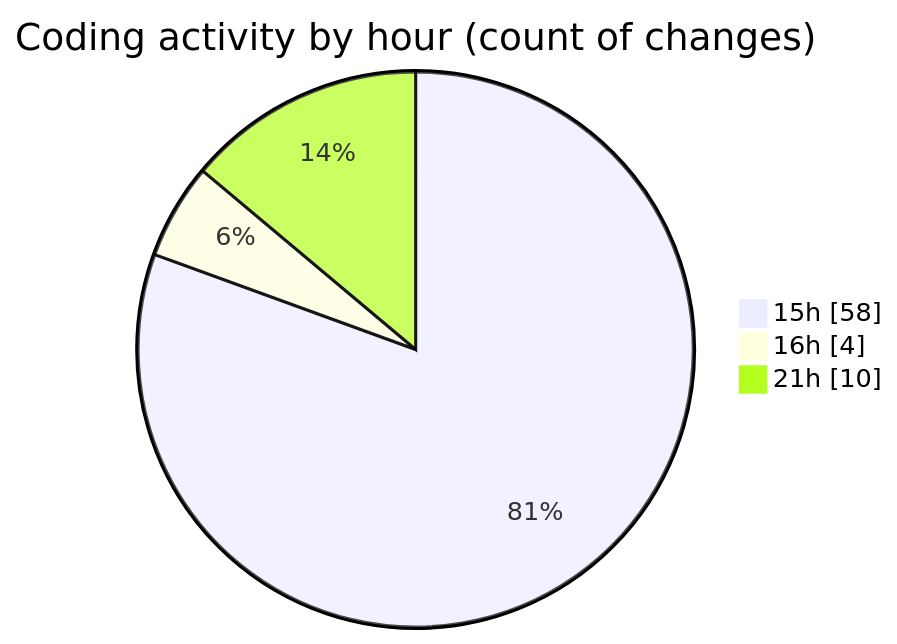
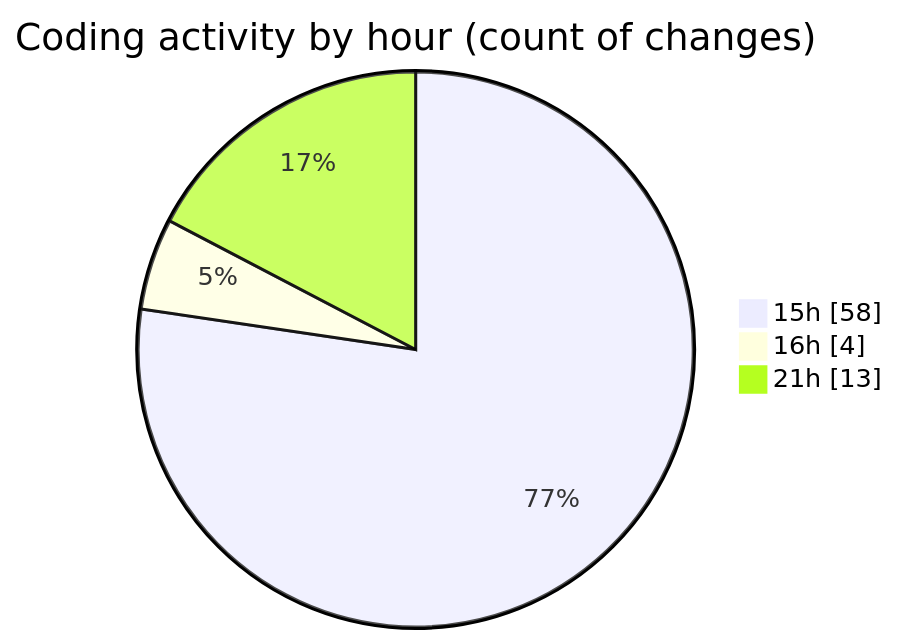
One commit to momahboobian/code-tracking changed the second of 2 diagrams in 2026-01-22/cda-web-components/README.md. Above: the diagram before and after it, drawn with Mermaid. The commit also changed other lines of this file and 1 other file, not shown here.

````diff
--- a/2026-01-22/cda-web-components/README.md
+++ b/2026-01-22/cda-web-components/README.md
@@ -68,7 +70,7 @@
 ```mermaid
 pie showData
 title Coding activity by hour (count of changes)
 "15h" : 58
 "16h" : 4
-"21h" : 10
+"21h" : 13
 ```
````
